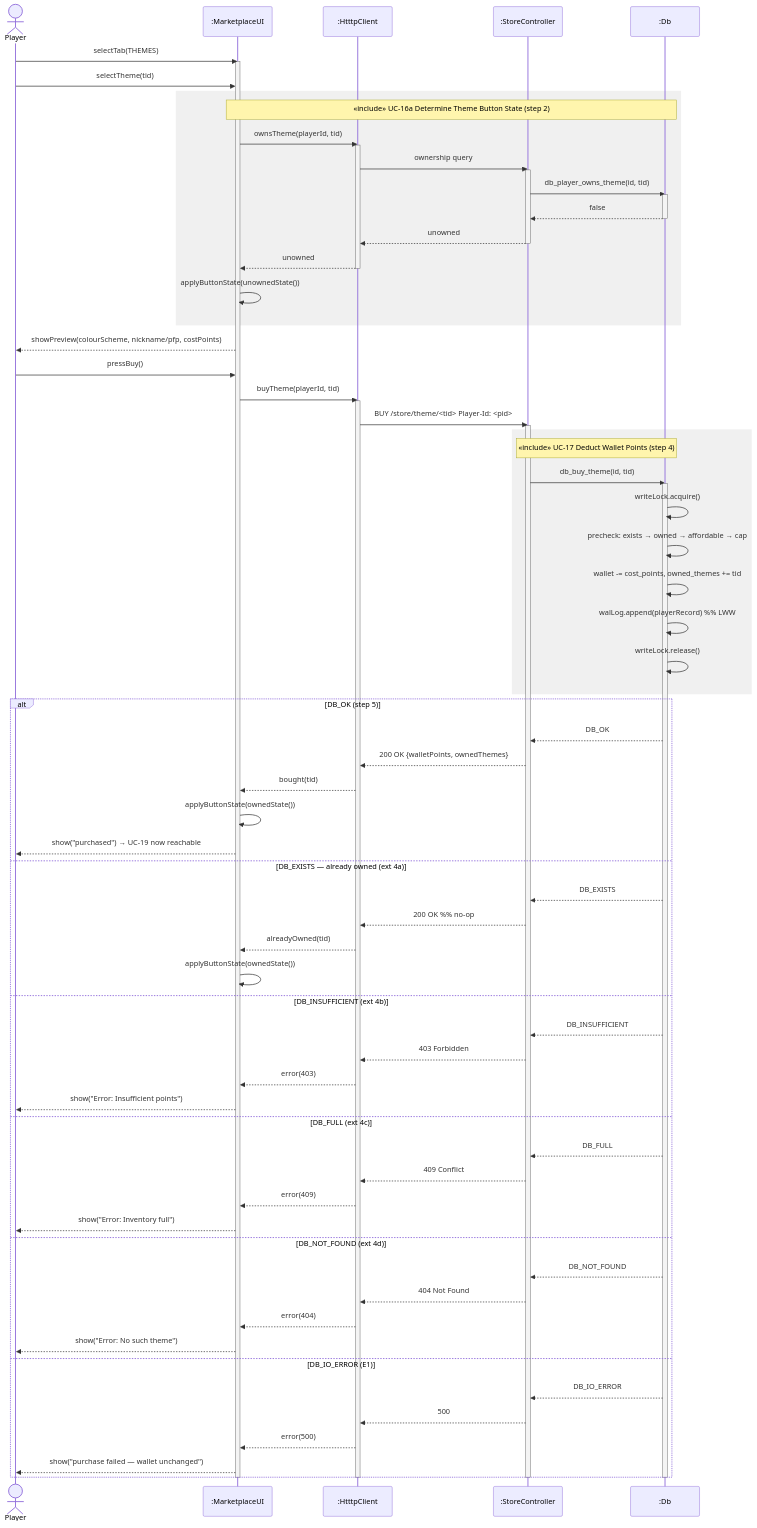
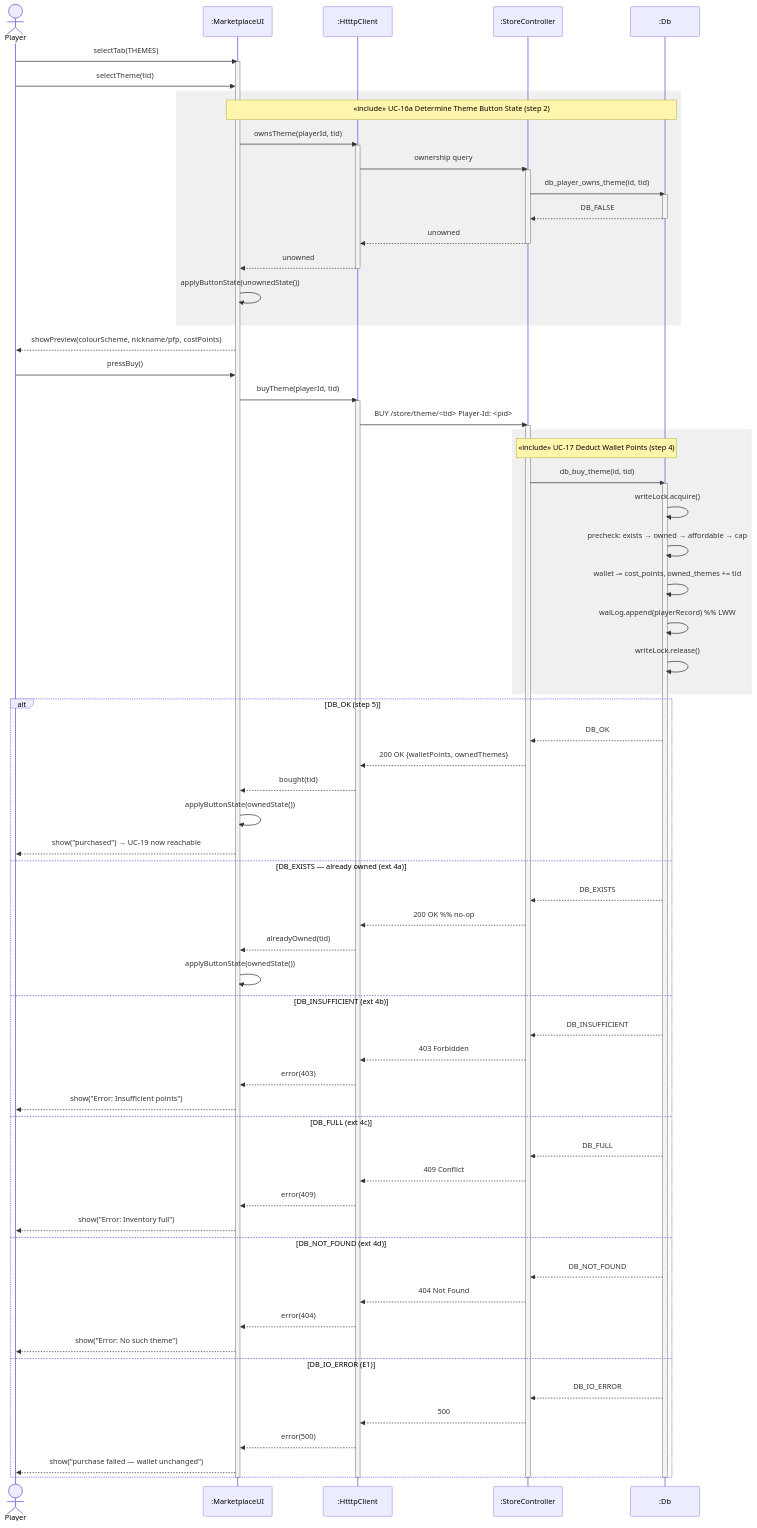
One commit to ziqiqiiii/tetriSH changed diagram 11 of 16 in docs/diagrams/class_and_sequence_diagrams/cd_sd_uc15-uc19.md. Above: the diagram before and after it, drawn with Mermaid. The commit also changed other lines of this file and 9 other files, not shown here.

Commit message:
fix: update ownership probe documentation and diagrams to reflect new t_db_bool type

```diff
--- a/docs/diagrams/class_and_sequence_diagrams/cd_sd_uc15-uc19.md
+++ b/docs/diagrams/class_and_sequence_diagrams/cd_sd_uc15-uc19.md
@@ -845,7 +859,7 @@
         activate SC
         SC->>DB: db_player_owns_theme(id, tid)
         activate DB
-        DB-->>SC: false
+        DB-->>SC: DB_FALSE
         deactivate DB
         SC-->>C: unowned
         deactivate SC
```
